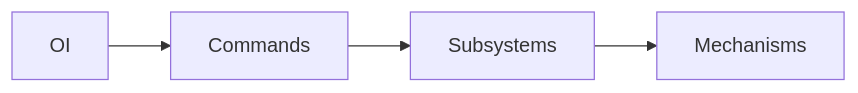
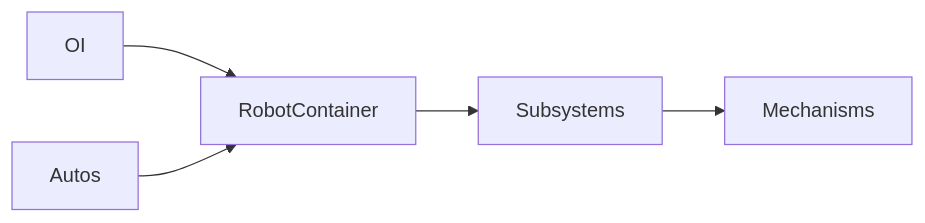
The diagram in docs/software/robot_dev/quick-ref.mdx (FRC-Team-4143/FRC-Team-4143.github.io), drawn with Mermaid before and after one commit. The commit also changed other lines of this file and 5 other files, not shown here.

First line of the commit message:
Robot dev docs: RobotContainer state machine in quick-ref, standards and subsystems; MwLog and mechanism drift

````diff
--- a/docs/software/robot_dev/quick-ref.mdx
+++ b/docs/software/robot_dev/quick-ref.mdx
@@ -18,6 +18,7 @@
 ```mermaid
 flowchart LR
-    OI --> Commands
-    Commands --> Subsystems
+    OI --> RobotContainer
+    Autos --> RobotContainer
+    RobotContainer --> Subsystems
     Subsystems --> Mechanisms
 ```
````
